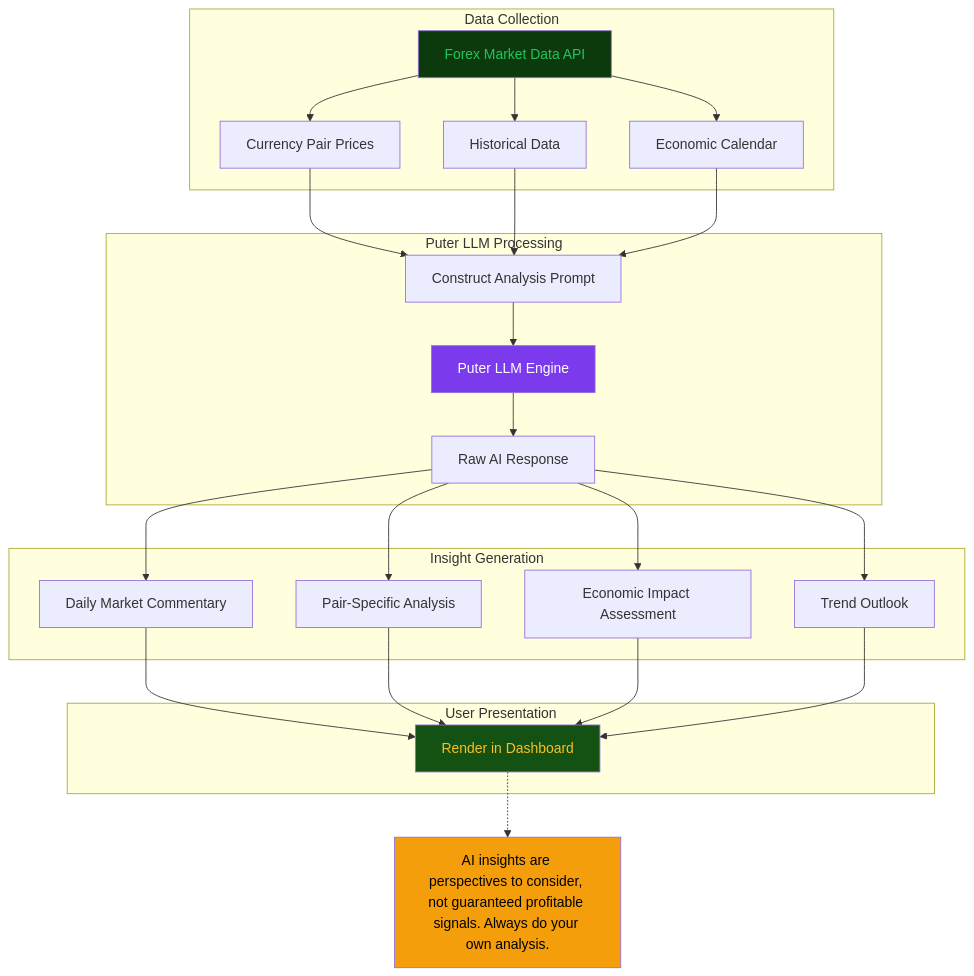
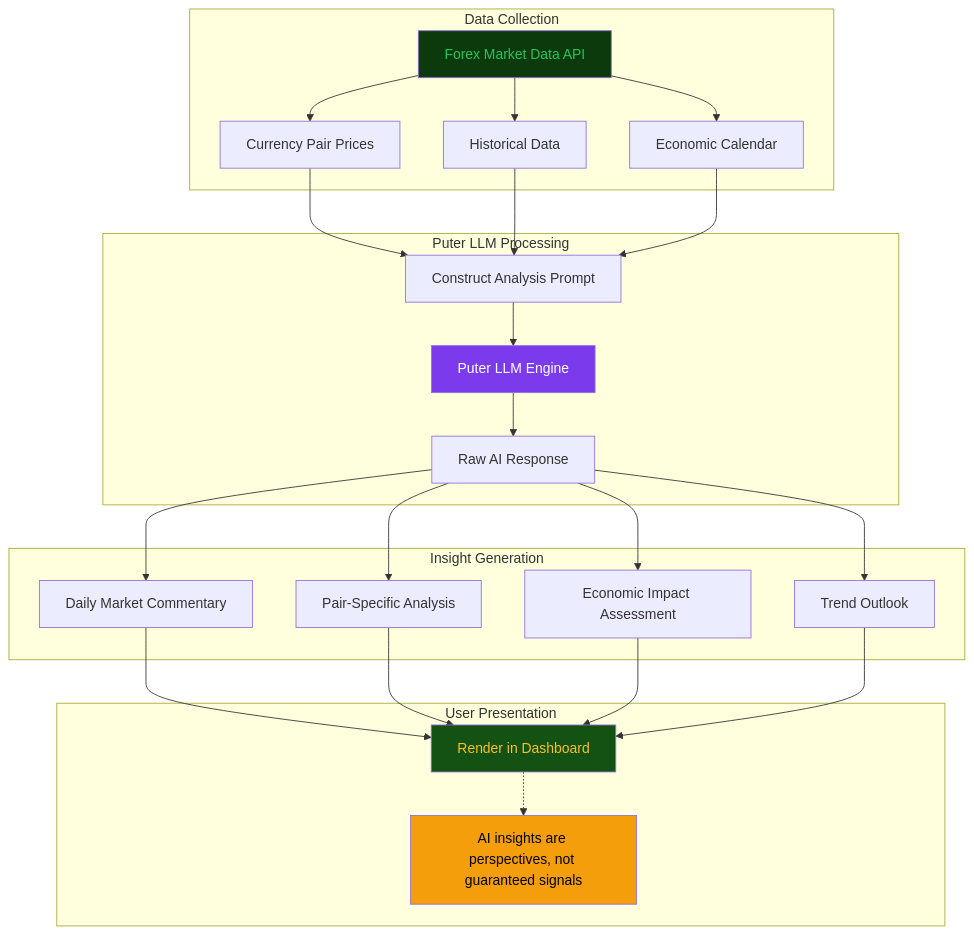
One commit to mulkymalikuldhrs/pase-fx changed the second of 4 diagrams in README.md. Above: the diagram before and after it, drawn with Mermaid. The commit also changed other lines of this file and 1 other file, not shown here.

Commit message:
🎨 Upgrade: banner image + fixed Mermaid + animations + flow diagrams

````diff
--- a/README.md
+++ b/README.md
@@ -171,38 +84,36 @@
 ```mermaid
 flowchart TB
-    subgraph "Data Collection"
+    subgraph DataCol["Data Collection"]
         Forex["Forex Market Data API"] --> Pairs["Currency Pair Prices"]
         Forex --> History["Historical Data"]
         Forex --> Calendar["Economic Calendar"]
     end
 
-    subgraph "Puter LLM Processing"
+    subgraph PuterLLM["Puter LLM Processing"]
         Pairs --> Prompt["Construct Analysis Prompt"]
         History --> Prompt
         Calendar --> Prompt
         Prompt --> Puter["Puter LLM Engine"]
         Puter --> Raw["Raw AI Response"]
     end
 
-    subgraph "Insight Generation"
+    subgraph InsightGen["Insight Generation"]
         Raw --> Commentary["Daily Market Commentary"]
         Raw --> PairAnalysis["Pair-Specific Analysis"]
         Raw --> Impact["Economic Impact Assessment"]
         Raw --> TrendOutlook["Trend Outlook"]
     end
 
-    subgraph "User Presentation"
+    subgraph Present["User Presentation"]
         Commentary --> Display["Render in Dashboard"]
         PairAnalysis --> Display
         Impact --> Display
         TrendOutlook --> Display
+        Display -.-> Warning["AI insights are perspectives, not guaranteed signals"]
     end
 
     style Forex fill:#0d3a0d,color:#22c55e
     style Puter fill:#7c3aed,color:#fff
     style Display fill:#145214,color:#fbbf24
-
-    Warning["AI insights are perspectives to consider, not guaranteed profitable signals. Always do your own analysis."]
-    Display -.-> Warning
     style Warning fill:#f59e0b,color:#000
 ```
````
